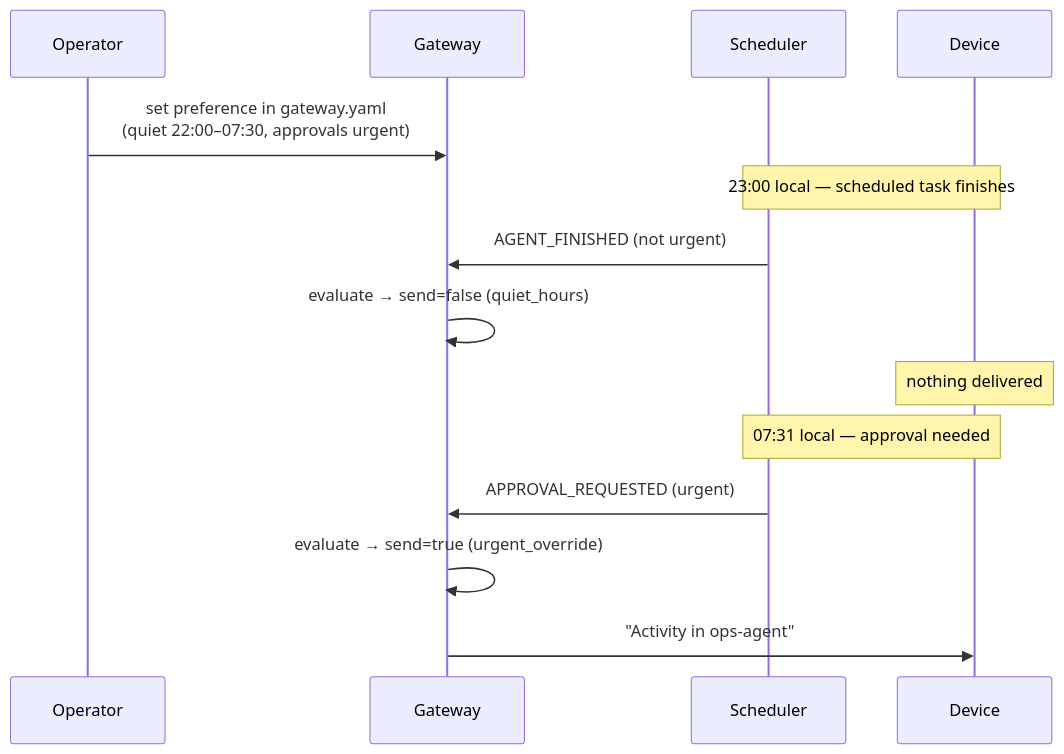
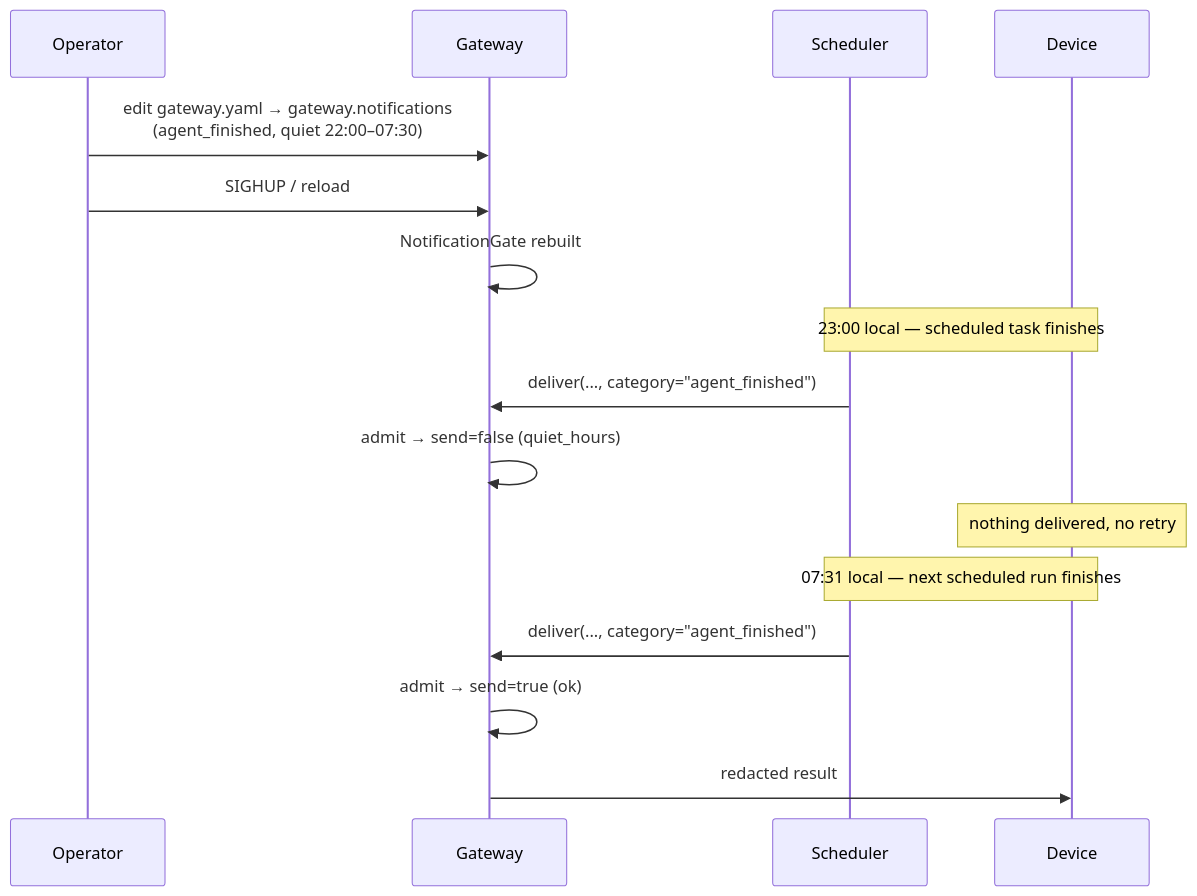
The eighth of 8 diagrams in docs/features/gateway-notification-policy.mdx (MervinPraison/PraisonAIDocs), drawn with Mermaid before and after one commit. The commit also changed other lines of this file and 2 other files, not shown here.

Commit message:
fix: document gateway.notifications YAML enforcement on Notification Policy page (fixes #4859)

````diff
--- a/docs/features/gateway-notification-policy.mdx
+++ b/docs/features/gateway-notification-policy.mdx
@@ -380,17 +507,19 @@
 ```mermaid
 sequenceDiagram
     participant Operator
     participant Gateway
     participant Scheduler
     participant Device
 
-    Operator->>Gateway: set preference in gateway.yaml<br/>(quiet 22:00–07:30, approvals urgent)
+    Operator->>Gateway: edit gateway.yaml → gateway.notifications<br/>(agent_finished, quiet 22:00–07:30)
+    Operator->>Gateway: SIGHUP / reload
+    Gateway->>Gateway: NotificationGate rebuilt
     Note over Scheduler,Device: 23:00 local — scheduled task finishes
-    Scheduler->>Gateway: AGENT_FINISHED (not urgent)
-    Gateway->>Gateway: evaluate → send=false (quiet_hours)
-    Note over Device: nothing delivered
-    Note over Scheduler,Device: 07:31 local — approval needed
-    Scheduler->>Gateway: APPROVAL_REQUESTED (urgent)
-    Gateway->>Gateway: evaluate → send=true (urgent_override)
-    Gateway->>Device: "Activity in ops-agent"
+    Scheduler->>Gateway: deliver(..., category="agent_finished")
+    Gateway->>Gateway: admit → send=false (quiet_hours)
+    Note over Device: nothing delivered, no retry
+    Note over Scheduler,Device: 07:31 local — next scheduled run finishes
+    Scheduler->>Gateway: deliver(..., category="agent_finished")
+    Gateway->>Gateway: admit → send=true (ok)
+    Gateway->>Device: redacted result
 ```
````
